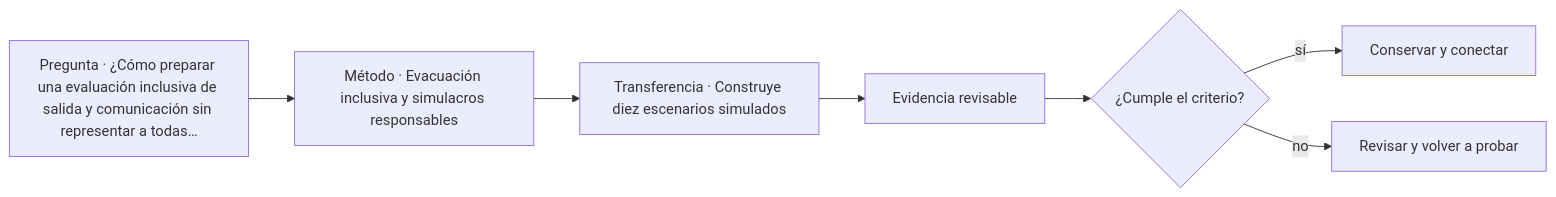
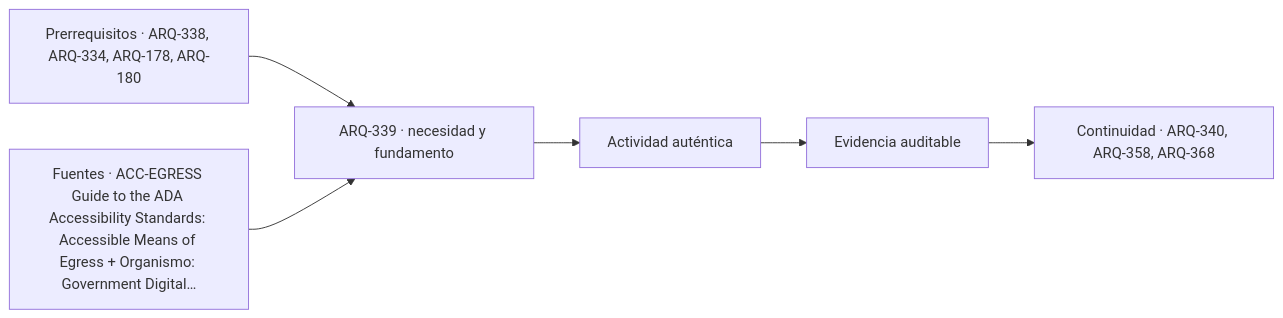
One commit to vladimiracunadev-create/architecture-built-environment-learning-program changed the diagram in classes/parte-34/ARQ-339.md. Above: the diagram before and after it, drawn with Mermaid. The commit also changed other lines of this file and 761 other files, not shown here.

````diff
--- a/classes/parte-34/ARQ-339.md
+++ b/classes/parte-34/ARQ-339.md
@@ -115,9 +127,8 @@
 ```mermaid
 flowchart LR
-    Q["Pregunta · ¿Cómo preparar una evaluación inclusiva de salida y comunicación sin representar a todas…"] --> M["Método · Evacuación inclusiva y simulacros responsables"]
-    M --> P["Transferencia · Construye diez escenarios simulados"]
-    P --> E["Evidencia revisable"]
-    E --> C{"¿Cumple el criterio?"}
-    C -->|sí| T["Conservar y conectar"]
-    C -->|no| R["Revisar y volver a probar"]
+    A["Prerrequisitos · ARQ-338, ARQ-334, ARQ-178, ARQ-180"] --> B["ARQ-339 · necesidad y fundamento"]
+    S["Fuentes · ACC-EGRESS Guide to the ADA Accessibility Standards: Accessible Means of Egress + Organismo: Government Digital…"] --> B
+    B --> C["Actividad auténtica"]
+    C --> D["Evidencia auditable"]
+    D --> E["Continuidad · ARQ-340, ARQ-358, ARQ-368"]
 ```
````
